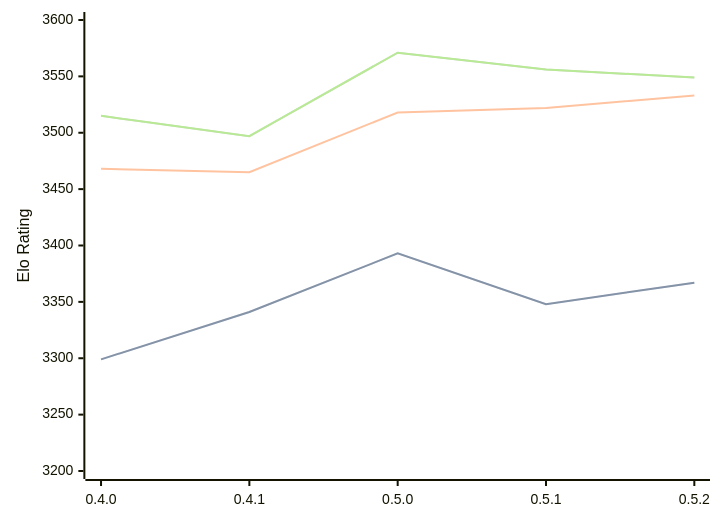
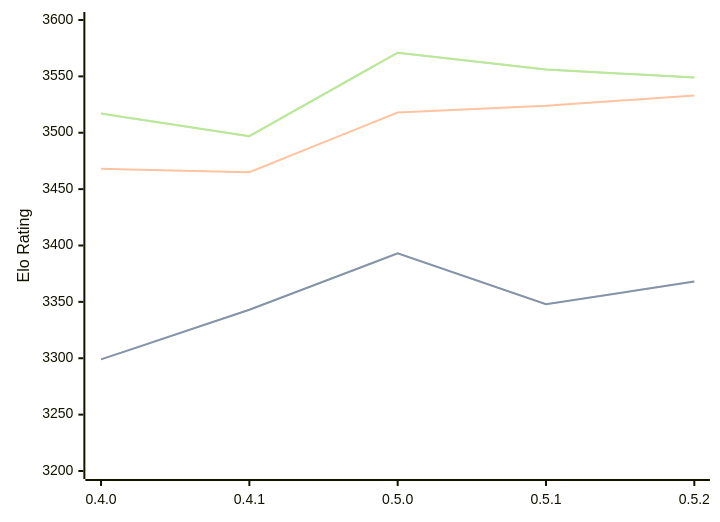
Before and after one commit to computer-chess-index/cci: the diagram in engines/Cinder.md, drawn with Mermaid. The commit also changed other lines of this file, not shown here.

Commit message:
Update CCI Ratings (ELO VLTC) - 2026-08-17

````diff
--- a/engines/Cinder.md
+++ b/engines/Cinder.md
@@ -36,11 +36,11 @@
 ```mermaid
 %%{init: {"theme":"base","themeVariables":{"seriesColors:['#a3a3a3','#222221','#faa371']}}}%%
 xychart-beta
   x-axis ["0.4.0", "0.4.1", "0.5.0", "0.5.1", "0.5.2"]
   y-axis "Elo Rating" 3200 --> 3600
-  line "STC (8.0+0.08s)" [3299, 3341, 3393, 3348, 3367]
-  line "STC (8.0+0.08s)" [3299, 3341, 3393, 3348, 3367]
-  line "LTC (60.0+0.60s)" [3468, 3465, 3518, 3522, 3533]
-  line "VLTC (2m24s+1.12s)" [3515, 3497, 3571, 3556, 3549]
-  line "VLTC (2m24s+1.12s)" [3515, 3497, 3571, 3556, 3549]
+  line "STC (8.0+0.08s)" [3299, 3343, 3393, 3348, 3368]
+  line "STC (8.0+0.08s)" [3299, 3343, 3393, 3348, 3368]
+  line "LTC (60.0+0.60s)" [3468, 3465, 3518, 3524, 3533]
+  line "VLTC (2m24s+1.12s)" [3517, 3497, 3571, 3556, 3549]
+  line "VLTC (2m24s+1.12s)" [3517, 3497, 3571, 3556, 3549]
 ```
````
